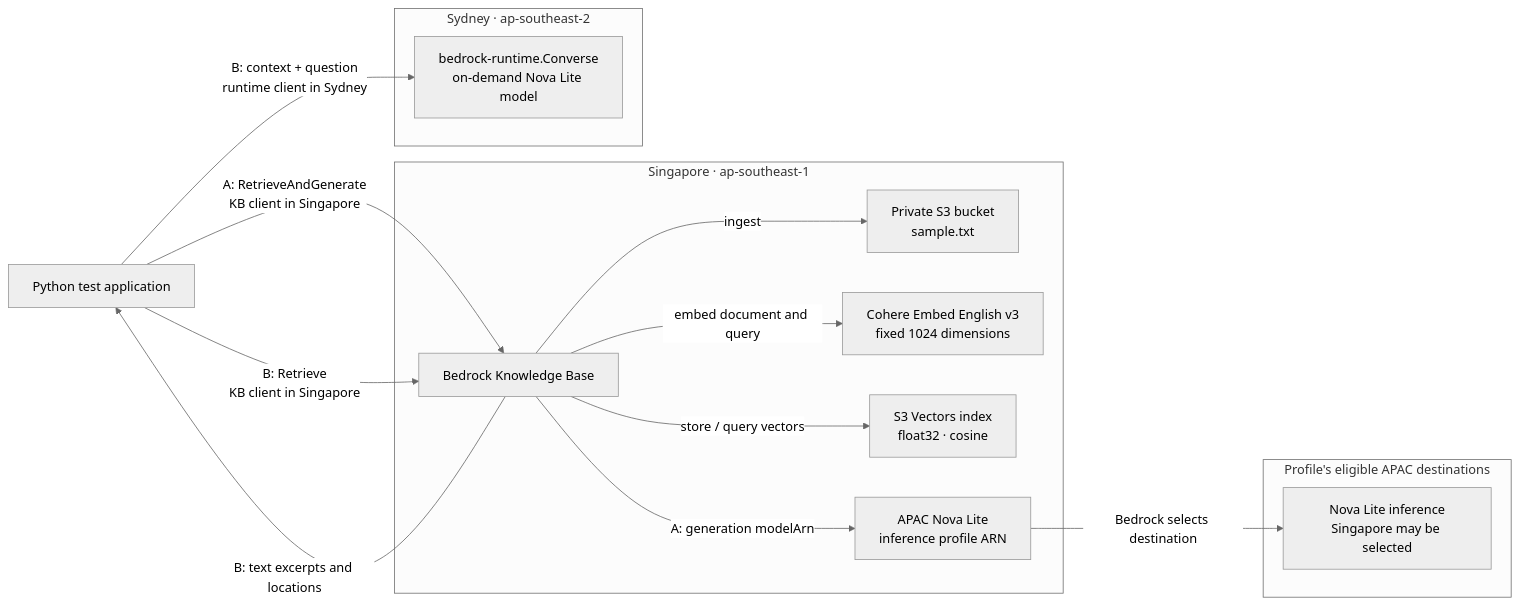
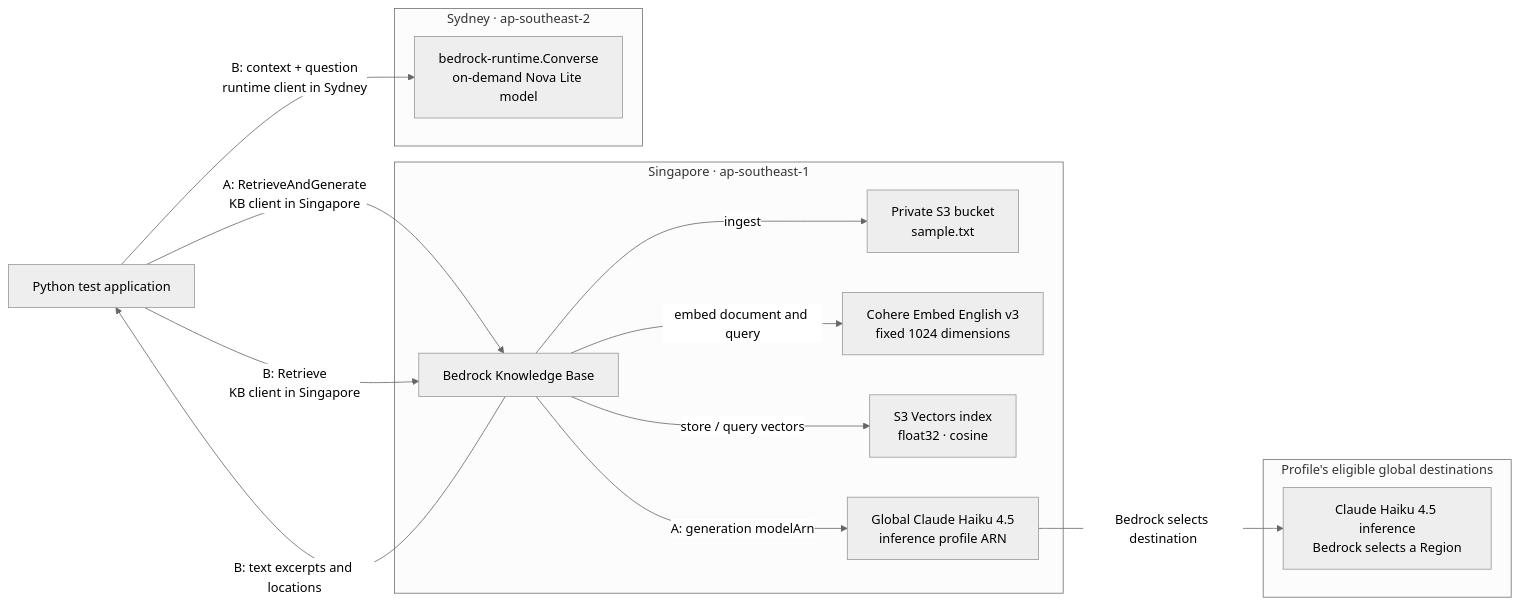
The first of 2 diagrams in docs/ARCHITECTURE.md (farzamf-git/bedrock-kb-cross-region), drawn with Mermaid (neutral theme) before and after one commit. The commit also changed other lines of this file and 7 other files, not shown here.

Commit message:
Use global Claude Haiku profile for native KB generation

````diff
--- a/docs/ARCHITECTURE.md
+++ b/docs/ARCHITECTURE.md
@@ -7,26 +7,26 @@
 ```mermaid
 flowchart LR
     App["Python test application"]
     subgraph Singapore["Singapore · ap-southeast-1"]
         Source["Private S3 bucket\nsample.txt"]
         KB["Bedrock Knowledge Base"]
         Embed["Cohere Embed English v3\nfixed 1024 dimensions"]
         Index["S3 Vectors index\nfloat32 · cosine"]
-        Profile["APAC Nova Lite\ninference profile ARN"]
+        Profile["Global Claude Haiku 4.5\ninference profile ARN"]
         KB -->|"ingest"| Source
         KB -->|"embed document and query"| Embed
         KB -->|"store / query vectors"| Index
     end
-    subgraph APAC["Profile's eligible APAC destinations"]
-        Routed["Nova Lite inference\nSingapore may be selected"]
+    subgraph Global["Profile's eligible global destinations"]
+        Routed["Claude Haiku 4.5 inference\nBedrock selects a Region"]
     end
     subgraph Sydney["Sydney · ap-southeast-2"]
         Remote["bedrock-runtime.Converse\non-demand Nova Lite model"]
     end
     App -->|"A: RetrieveAndGenerate\nKB client in Singapore"| KB
     KB -->|"A: generation modelArn"| Profile
     Profile -->|"Bedrock selects destination"| Routed
     App -->|"B: Retrieve\nKB client in Singapore"| KB
     KB -->|"B: text excerpts and locations"| App
     App -->|"B: context + question\nruntime client in Sydney"| Remote
 ```
````
